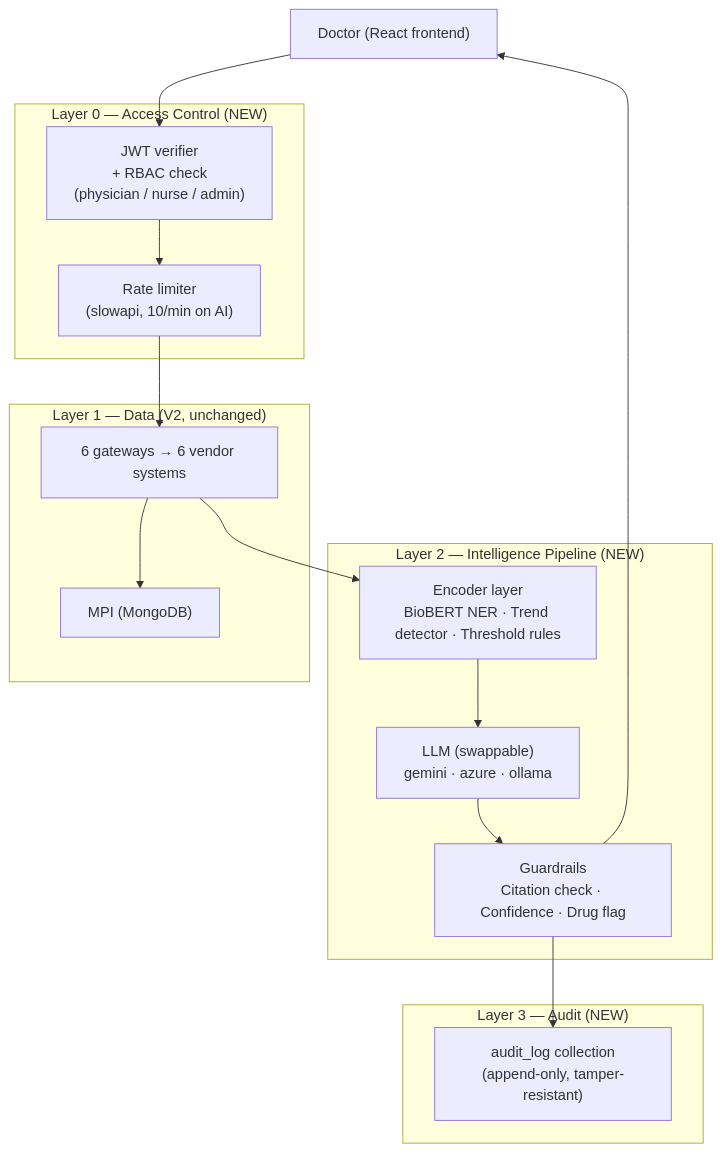
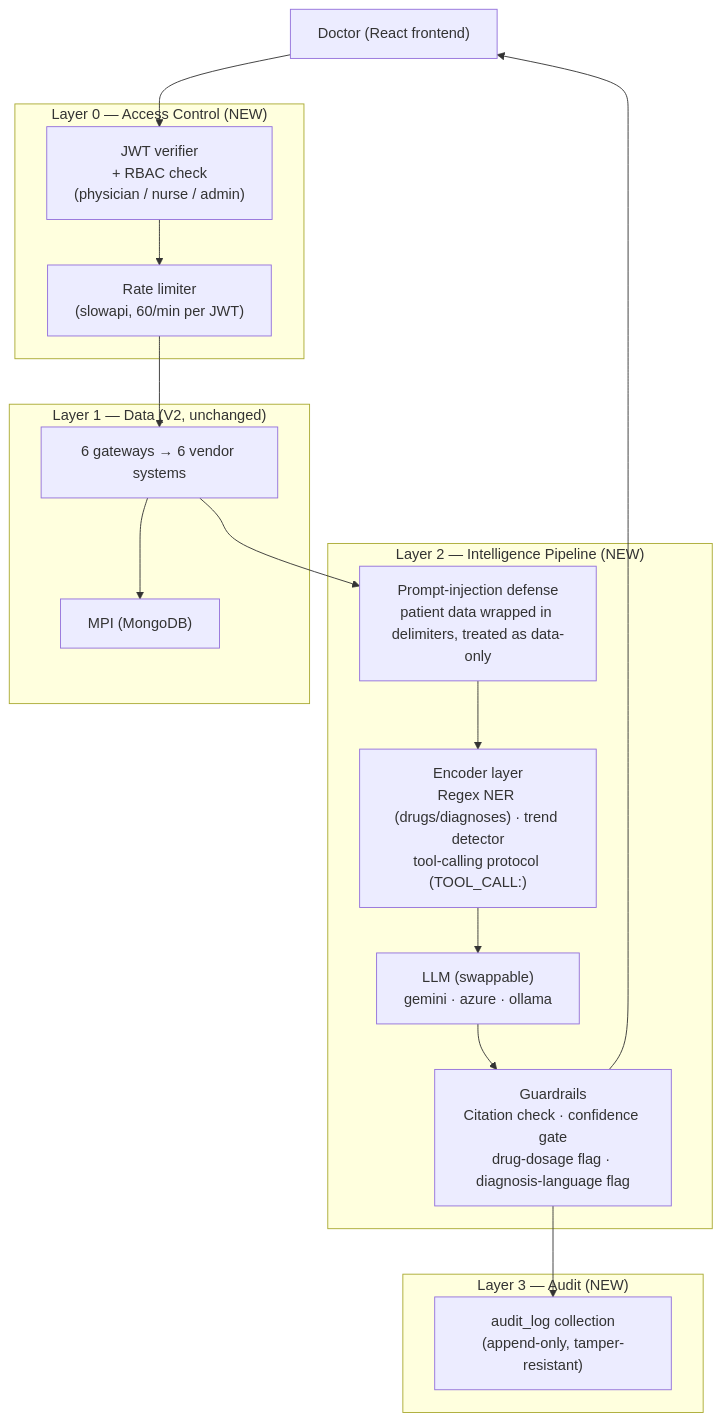
Before and after one commit to Madhan120-prog/integrated-patient-system: the diagram in V3_PROGRESS.md, drawn with Mermaid. The commit also changed other lines of this file, not shown here.

Commit message:
Fix stale architecture diagram — regex NER and 60/min, not BioBERT/10-min
The diagram said BioBERT NER and a 10/min rate limit, matching the original
plan but not what actually shipped (regex NER, 60/min per-JWT-key — see
Steps 6 and 8). Also adds the prompt-injection wrapper and tool-calling
protocol, which were built but never reflected in the picture.

````diff
--- a/V3_PROGRESS.md
+++ b/V3_PROGRESS.md
@@ -56,29 +61,30 @@
 ```mermaid
 graph TB
     DOC["Doctor (React frontend)"]
 
     subgraph "Layer 0 — Access Control (NEW)"
         AUTH["JWT verifier\n+ RBAC check\n(physician / nurse / admin)"]
-        RATE["Rate limiter\n(slowapi, 10/min on AI)"]
+        RATE["Rate limiter\n(slowapi, 60/min per JWT)"]
     end
 
     subgraph "Layer 1 — Data (V2, unchanged)"
         MPI["MPI (MongoDB)"]
         GW["6 gateways → 6 vendor systems"]
     end
 
     subgraph "Layer 2 — Intelligence Pipeline (NEW)"
-        ENC["Encoder layer\nBioBERT NER · Trend detector · Threshold rules"]
+        WRAP["Prompt-injection defense\npatient data wrapped in delimiters, treated as data-only"]
+        ENC["Encoder layer\nRegex NER (drugs/diagnoses) · trend detector\ntool-calling protocol (TOOL_CALL:)"]
         LLM["LLM (swappable)\ngemini · azure · ollama"]
-        GRD["Guardrails\nCitation check · Confidence · Drug flag"]
+        GRD["Guardrails\nCitation check · confidence gate\ndrug-dosage flag · diagnosis-language flag"]
     end
 
     subgraph "Layer 3 — Audit (NEW)"
         AUDT["audit_log collection\n(append-only, tamper-resistant)"]
     end
 
     DOC --> AUTH --> RATE --> GW
     GW --> MPI
-    GW --> ENC --> LLM --> GRD --> DOC
+    GW --> WRAP --> ENC --> LLM --> GRD --> DOC
     GRD --> AUDT
 ```
````
